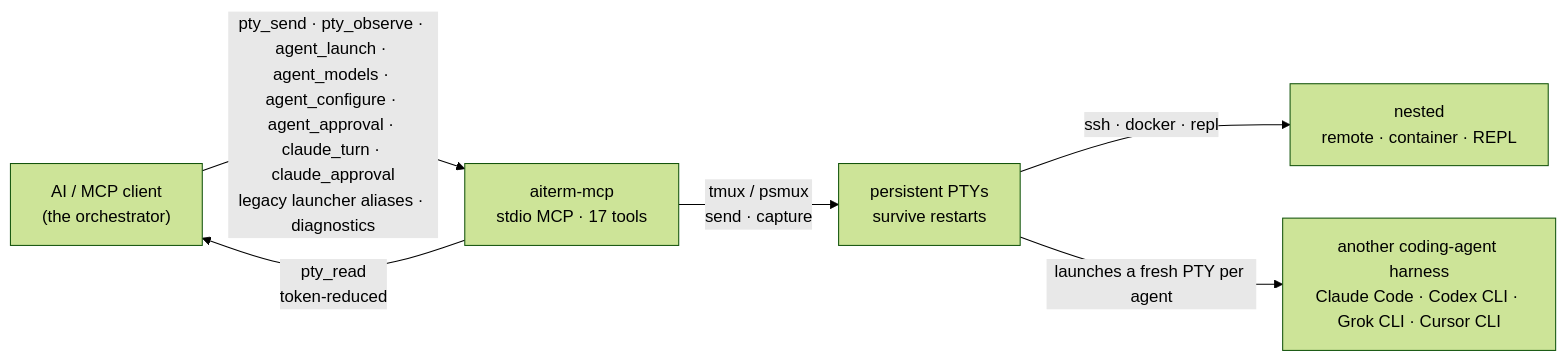
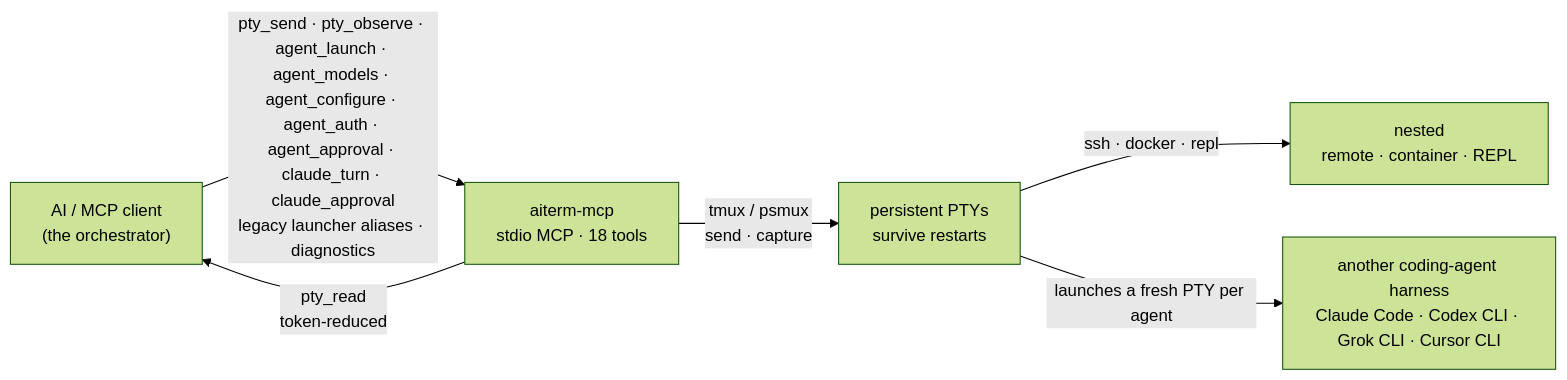
The diagram in README.md (kitepon/aiterm-mcp), drawn with Mermaid (forest theme) before and after one commit. The commit also changed other lines of this file and 17 other files, not shown here.

````diff
--- a/README.md
+++ b/README.md
@@ -441,8 +441,8 @@
 ```mermaid
 flowchart LR
-    AI["AI / MCP client<br/>(the orchestrator)"] -->|"pty_send · pty_observe · agent_launch · agent_models · agent_configure · agent_approval · claude_turn · claude_approval<br/>legacy launcher aliases · diagnostics"| S["aiterm-mcp<br/>stdio MCP · 17 tools"]
+    AI["AI / MCP client<br/>(the orchestrator)"] -->|"pty_send · pty_observe · agent_launch · agent_models · agent_configure · agent_auth · agent_approval · claude_turn · claude_approval<br/>legacy launcher aliases · diagnostics"| S["aiterm-mcp<br/>stdio MCP · 18 tools"]
     S -->|"pty_read<br/>token-reduced"| AI
     S -->|"tmux / psmux<br/>send · capture"| P["persistent PTYs<br/>survive restarts"]
     P -->|"ssh · docker · repl"| R["nested<br/>remote · container · REPL"]
     P -->|"launches a fresh PTY per agent"| A["another coding-agent harness<br/>Claude Code · Codex CLI · Grok CLI · Cursor CLI"]
 ```
````
